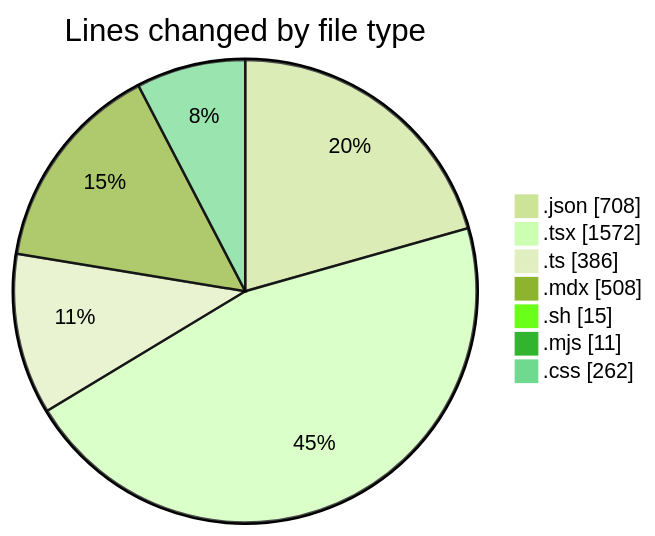
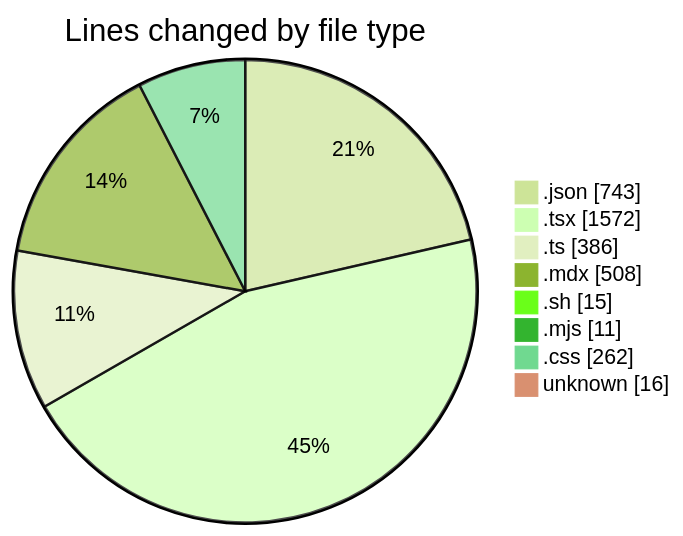
The first of 2 diagrams in 2025-05-01/niten/README.md (Elitesun/code-tracking), drawn with Mermaid (forest theme) before and after one commit. The commit also changed other lines of this file and 1 other file, not shown here.

````diff
--- a/2025-05-01/niten/README.md
+++ b/2025-05-01/niten/README.md
@@ -57,11 +60,12 @@
 ```mermaid
 pie showData
 title Lines changed by file type
-".json" : 708
+".json" : 743
 ".tsx" : 1572
 ".ts" : 386
 ".mdx" : 508
 ".sh" : 15
 ".mjs" : 11
 ".css" : 262
+"unknown" : 16
 ```
````
